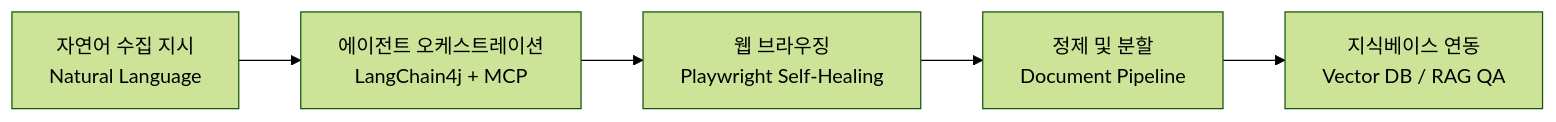
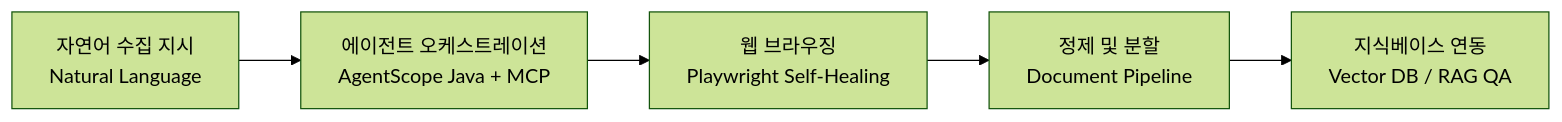
Before and after one commit to DramaticCollaboration/doc.github.io: the diagram in ko/synccrawl/index.md, drawn with Mermaid (forest theme). The commit also changed other lines of this file and 21 other files, not shown here.

````diff
--- a/ko/synccrawl/index.md
+++ b/ko/synccrawl/index.md
@@ -35,7 +35,7 @@
 ```mermaid
 graph LR
-    A[자연어 수집 지시<br/>Natural Language] --> B[에이전트 오케스트레이션<br/>LangChain4j + MCP]
+    A[자연어 수집 지시<br/>Natural Language] --> B[에이전트 오케스트레이션<br/>AgentScope Java + MCP]
     B --> C[웹 브라우징<br/>Playwright Self-Healing]
     C --> D[정제 및 분할<br/>Document Pipeline]
     D --> E[지식베이스 연동<br/>Vector DB / RAG QA]
 ```
````
